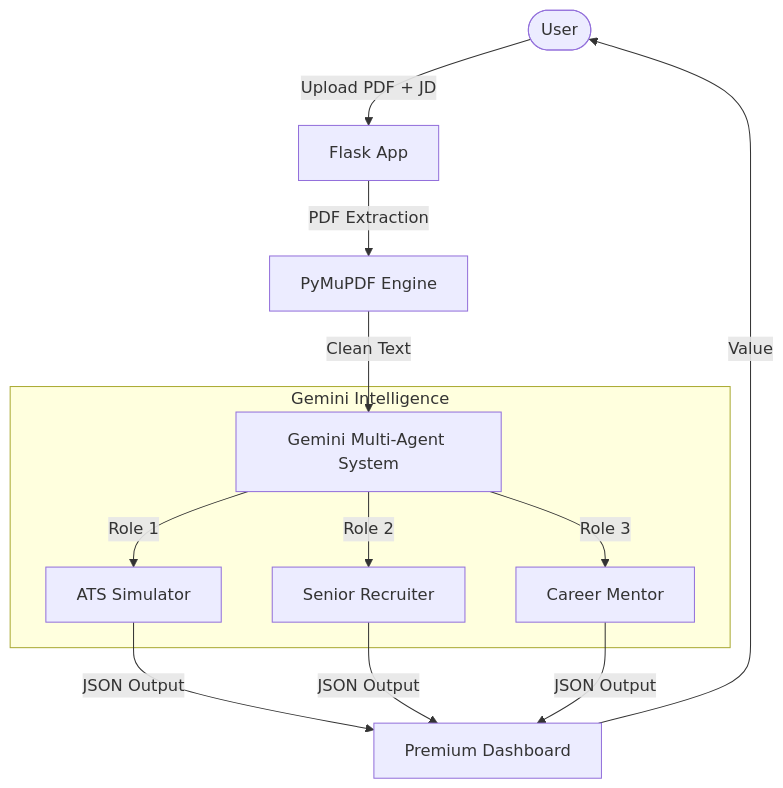
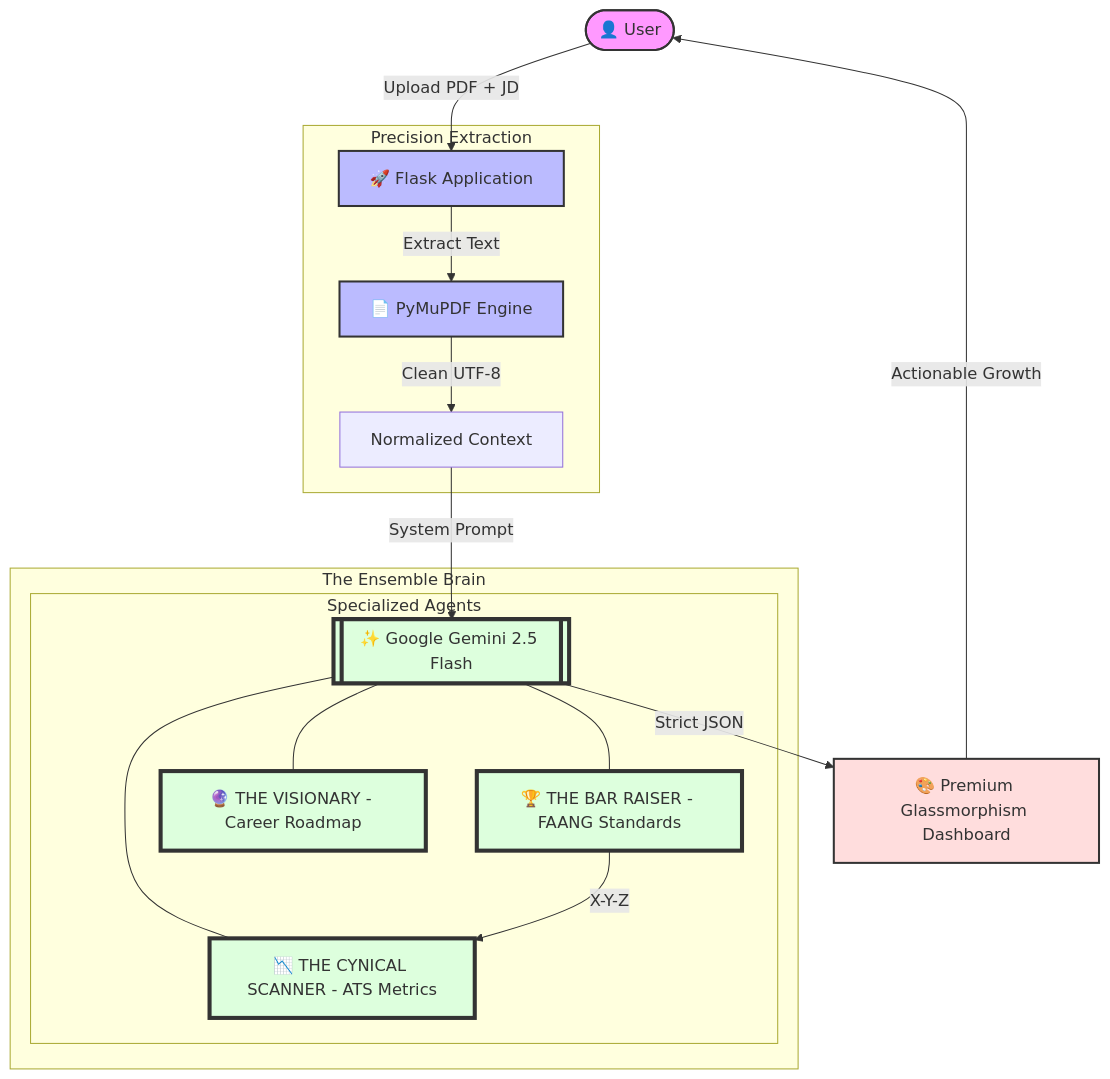
Before and after one commit to AbhishekVSagarnal/AI-Resume-Analyzer: the diagram in README.md, drawn with Mermaid. The commit also changed other lines of this file and 1 other file, not shown here.

````diff
--- a/README.md
+++ b/README.md
@@ -20,18 +96,35 @@
 ```mermaid
 graph TD
-    User([User]) -->|Upload PDF + JD| Flask[Flask App]
-    Flask -->|PDF Extraction| PyMuPDF[PyMuPDF Engine]
-    PyMuPDF -->|Clean Text| GeminiAgent[Gemini Multi-Agent System]
+    %% Styling
+    classDef user fill:#f9f,stroke:#333,stroke-width:2px;
+    classDef engine fill:#bbf,stroke:#333,stroke-width:2px;
+    classDef brain fill:#dfd,stroke:#333,stroke-width:4px;
+    classDef out fill:#fdd,stroke:#333,stroke-width:2px;
+
+    User([👤 User]) -->|Upload PDF + JD| Flask[🚀 Flask Application]
     
-    subgraph Gemini Intelligence
-        GeminiAgent -->|Role 1| ATS[ATS Simulator]
-        GeminiAgent -->|Role 2| Recruiter[Senior Recruiter]
-        GeminiAgent -->|Role 3| Mentor[Career Mentor]
+    subgraph Processing_Layer [Precision Extraction]
+        Flask -->|Extract Text| PyMuPDF[📄 PyMuPDF Engine]
+        PyMuPDF -->|Clean UTF-8| Normalized[Normalized Context]
     end
-    
-    ATS -->|JSON Output| Dashboard[Premium Dashboard]
-    Recruiter -->|JSON Output| Dashboard
-    Mentor -->|JSON Output| Dashboard
-    
-    Dashboard -->|Value| User
+
+    subgraph Intelligence_Layer [The Ensemble Brain]
+        Normalized -->|System Prompt| Gemini[[✨ Google Gemini 2.5 Flash]]
+        
+        subgraph Personas [Specialized Agents]
+            Gemini --- P1[📉 THE CYNICAL SCANNER - ATS Metrics]
+            Gemini --- P2[🏆 THE BAR RAISER - FAANG Standards]
+            P2 -->|X-Y-Z| P1
+            Gemini --- P3[🔮 THE VISIONARY - Career Roadmap]
+        end
+    end
+
+    Gemini -->|Strict JSON| Dashboard[🎨 Premium Glassmorphism Dashboard]
+    Dashboard -->|Actionable Growth| User
+
+    %% Styles
+    class User user;
+    class Flask,PyMuPDF engine;
+    class Gemini,P1,P2,P3 brain;
+    class Dashboard out;
 ```
````
